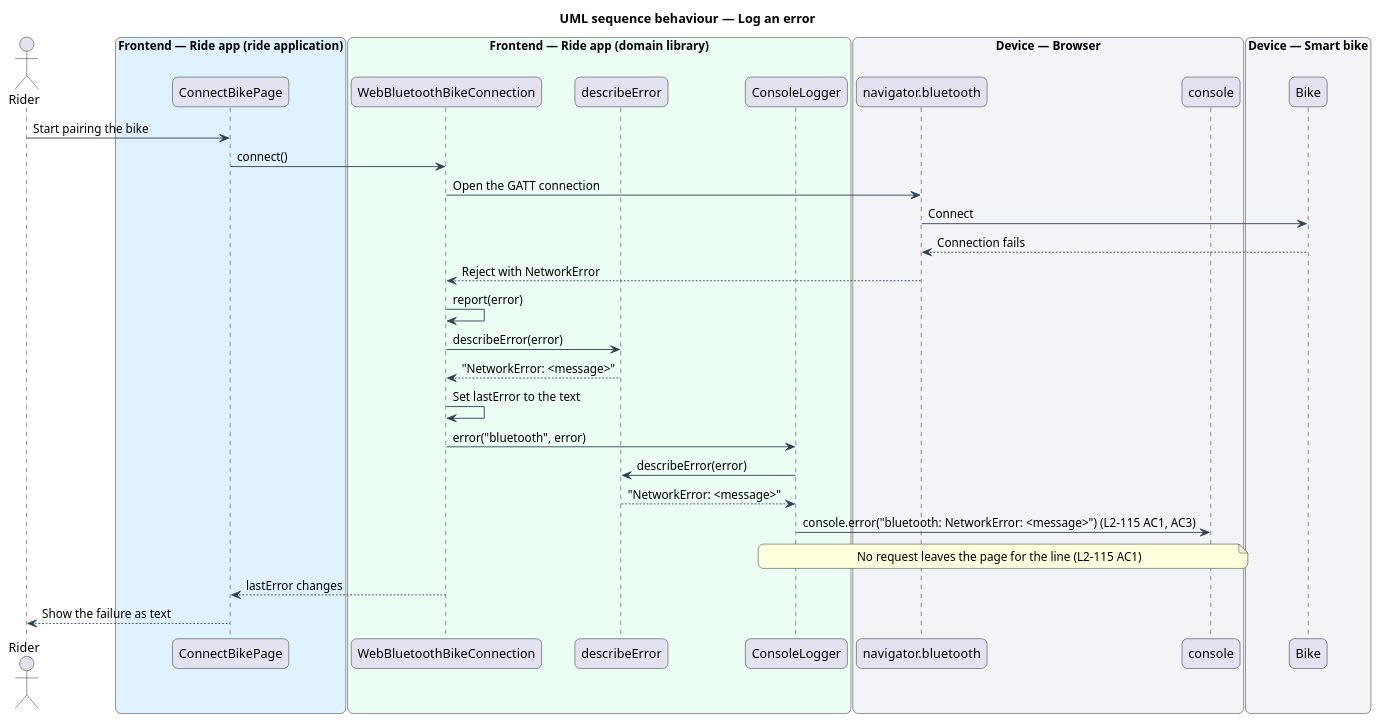
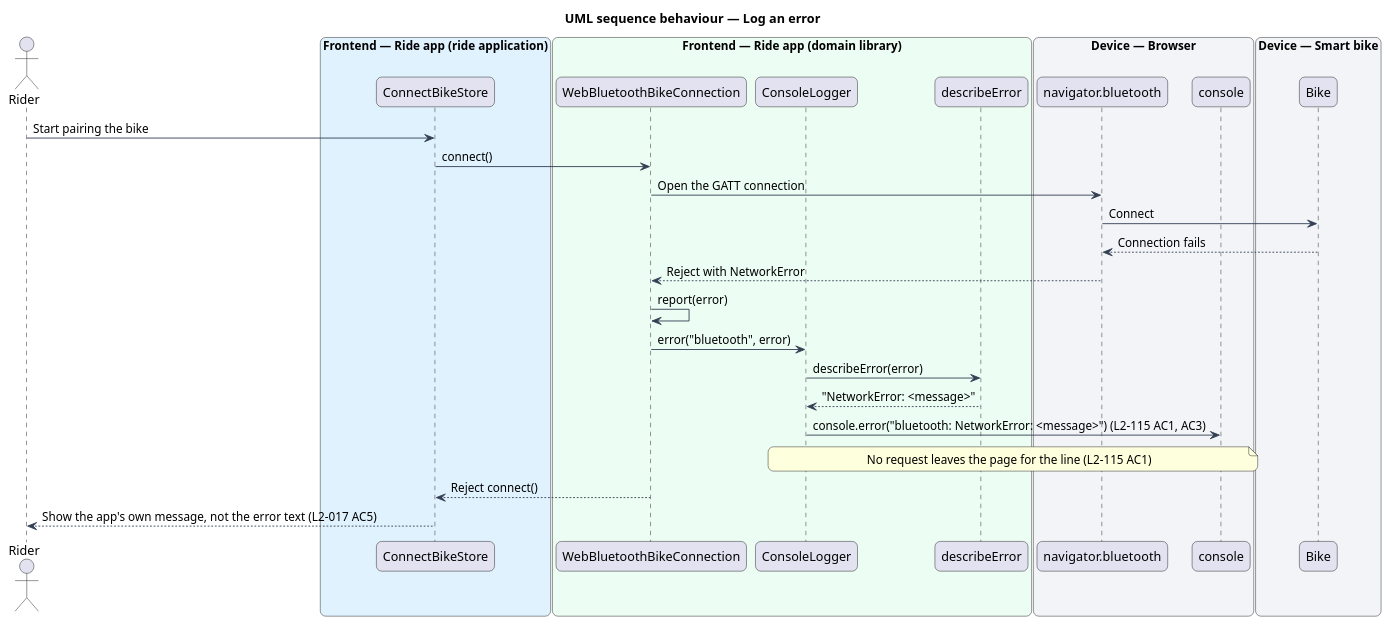
The diagram in docs/detailed-designs/security/log-to-the-console-only/diagrams/sequence-log-an-error.puml (QuinntyneBrown/ride-one), drawn with PlantUML before and after one commit. The commit also changed 33 other files, not shown here.

```diff
--- a/docs/detailed-designs/security/log-to-the-console-only/diagrams/sequence-log-an-error.puml
+++ b/docs/detailed-designs/security/log-to-the-console-only/diagrams/sequence-log-an-error.puml
@@ -1,50 +1,47 @@
 @startuml
 title UML sequence behaviour — Log an error
 skinparam backgroundColor #FFFFFF
 skinparam shadowing false
 skinparam roundcorner 12
 skinparam defaultFontName Arial
 skinparam ArrowColor #344054
 skinparam rectangle {
   BorderColor #344054
   FontColor #101828
 }
 skinparam package {
   BorderColor #667085
   FontColor #101828
   BackgroundColor #F9FAFB
 }
 actor "Rider" as rider
 box "Frontend — Ride app (ride application)" #E0F2FE
-  participant "ConnectBikePage" as page
+  participant "ConnectBikeStore" as page
 end box
 box "Frontend — Ride app (domain library)" #ECFDF3
   participant "WebBluetoothBikeConnection" as conn
+  participant "ConsoleLogger" as logger
   participant "describeError" as describe
-  participant "ConsoleLogger" as logger
 end box
 box "Device — Browser" #F2F4F7
   participant "navigator.bluetooth" as ble
   participant "console" as console
 end box
 box "Device — Smart bike" #F2F4F7
   participant "Bike" as bike
 end box
 rider -> page : Start pairing the bike
 page -> conn : connect()
 conn -> ble : Open the GATT connection
 ble -> bike : Connect
 bike --> ble : Connection fails
 ble --> conn : Reject with NetworkError
 conn -> conn : report(error)
-conn -> describe : describeError(error)
-describe --> conn : "NetworkError: <message>"
-conn -> conn : Set lastError to the text
 conn -> logger : error("bluetooth", error)
 logger -> describe : describeError(error)
 describe --> logger : "NetworkError: <message>"
 logger -> console : console.error("bluetooth: NetworkError: <message>") (L2-115 AC1, AC3)
 note over logger, console : No request leaves the page for the line (L2-115 AC1)
-conn --> page : lastError changes
-page --> rider : Show the failure as text
+conn --> page : Reject connect()
+page --> rider : Show the app's own message, not the error text (L2-017 AC5)
 @enduml
```
